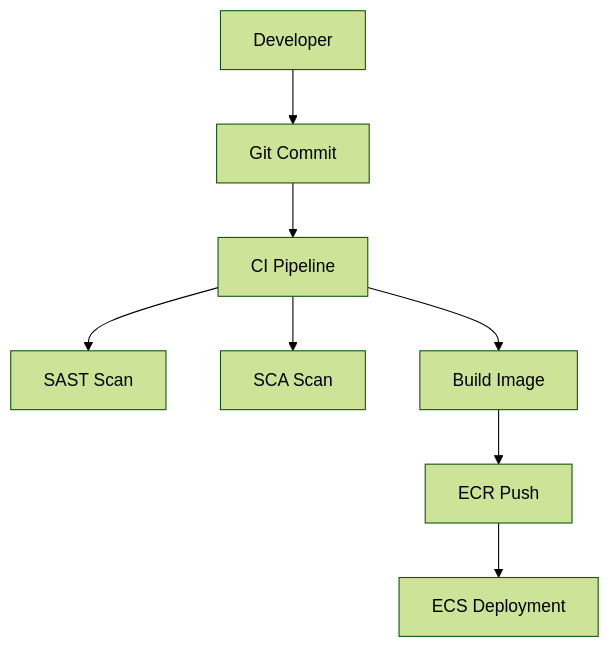
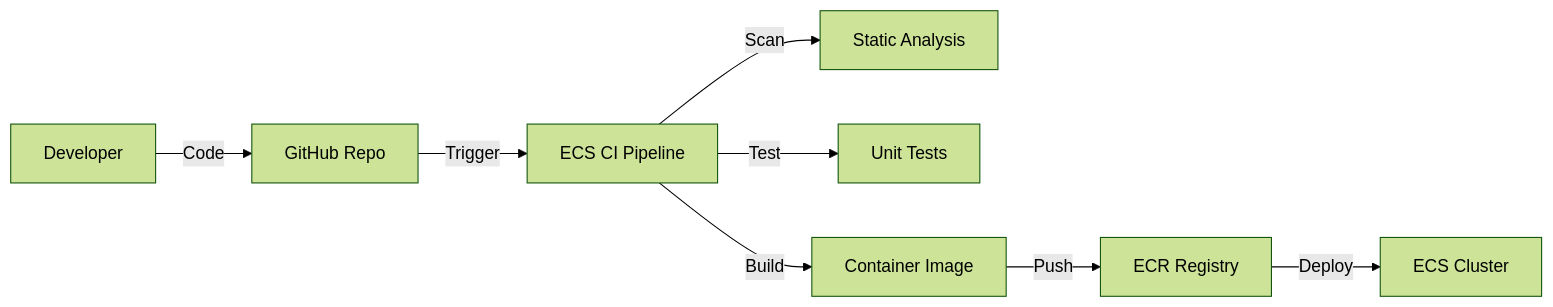
Before and after one commit to xvnpw/ai-security-analyzer: the second of 2 diagrams in examples/file-sec-design-ai-nutrition-pro-deepseekdeepseek-r1.md, drawn with Mermaid (forest theme). The commit also changed other lines of this file and 218 other files, not shown here.

````diff
--- a/examples/file-sec-design-ai-nutrition-pro-deepseekdeepseek-r1.md
+++ b/examples/file-sec-design-ai-nutrition-pro-deepseekdeepseek-r1.md
@@ -114,10 +138,10 @@
 ```mermaid
-graph TD
-    A[Developer] --> B[Git Commit]
-    B --> C[CI Pipeline]
-    C --> D[SAST Scan]
-    C --> E[SCA Scan]
-    C --> F[Build Image]
-    F --> G[ECR Push]
-    G --> H[ECS Deployment]
+graph LR
+    Dev[Developer] -->|Code| GH[GitHub Repo]
+    GH -->|Trigger| CI[ECS CI Pipeline]
+    CI -->|Scan| SAST[Static Analysis]
+    CI -->|Test| Unit[Unit Tests]
+    CI -->|Build| Docker[Container Image]
+    Docker -->|Push| ECR[ECR Registry]
+    ECR -->|Deploy| ECS[ECS Cluster]
 ```
````
